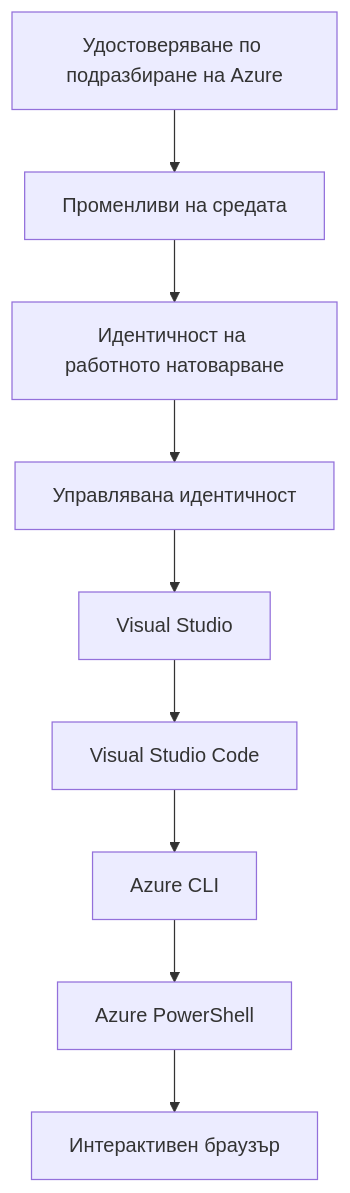
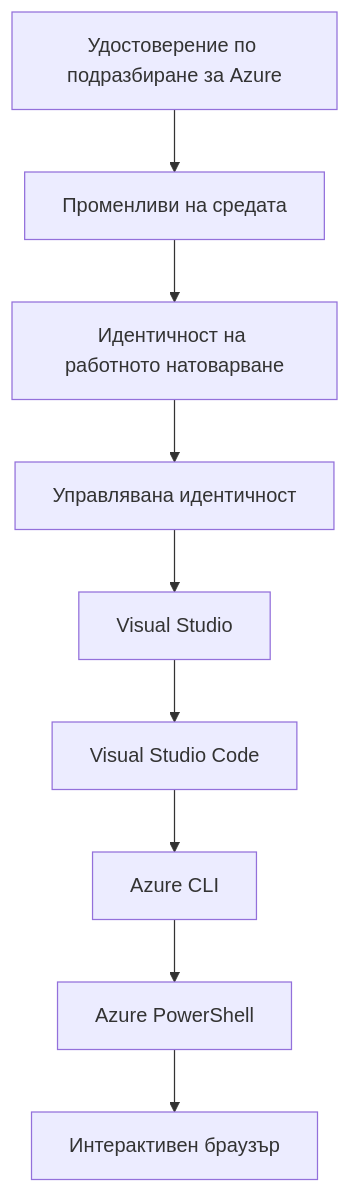
One commit to microsoft/AZD-for-beginners changed the second of 2 diagrams in translations/bg/docs/chapter-01-foundation/azd-basics.md. Above: the diagram before and after it, drawn with Mermaid. The commit also changed other lines of this file and 101 other files, not shown here.

````diff
--- a/translations/bg/docs/chapter-01-foundation/azd-basics.md
+++ b/translations/bg/docs/chapter-01-foundation/azd-basics.md
@@ -556,11 +593,11 @@
 ```mermaid
 graph TD
-    A[Удостоверяване по подразбиране на Azure] --> B[Променливи на средата]
+    A[Удостоверение по подразбиране за Azure] --> B[Променливи на средата]
     B --> C[Идентичност на работното натоварване]
     C --> D[Управлявана идентичност]
     D --> E[Visual Studio]
     E --> F[Visual Studio Code]
     F --> G[Azure CLI]
     G --> H[Azure PowerShell]
     H --> I[Интерактивен браузър]
 ```
````
